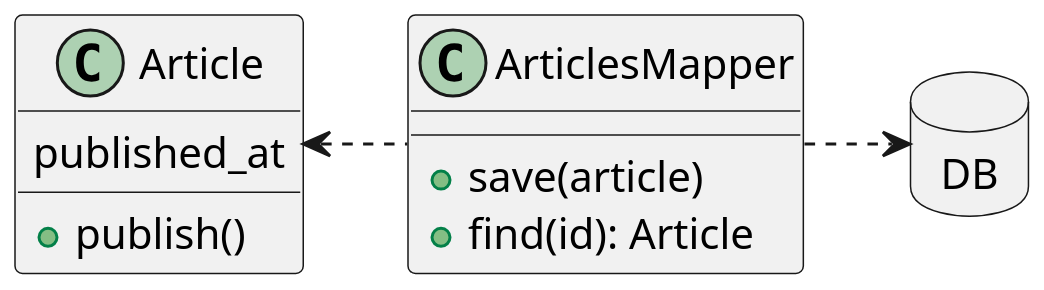
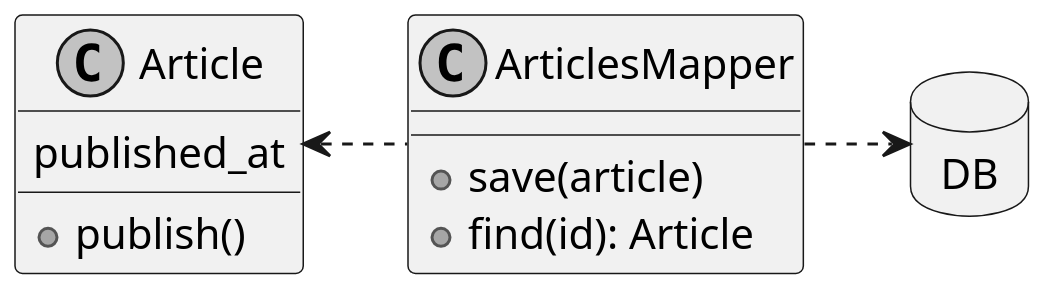
The third of 4 diagrams in rich-domain-model/README.md (sergio-fry/slides), drawn with PlantUML before and after one commit. The commit also changed other lines of this file and 1 other file, not shown here.

````diff
--- a/rich-domain-model/README.md
+++ b/rich-domain-model/README.md
@@ -253,20 +294,21 @@
 ```plantuml
+skinparam monochrome true
 allow_mixing
 scale 2
 
 
 database "DB" as db
 
 class "Article" as article_domain {
   published_at
   +publish()
 }
 
 class ArticlesMapper {
   +save(article)
   +find(id): Article
 }
 
 ArticlesMapper .right.> db
 ArticlesMapper .left.> article_domain
 ```
````
